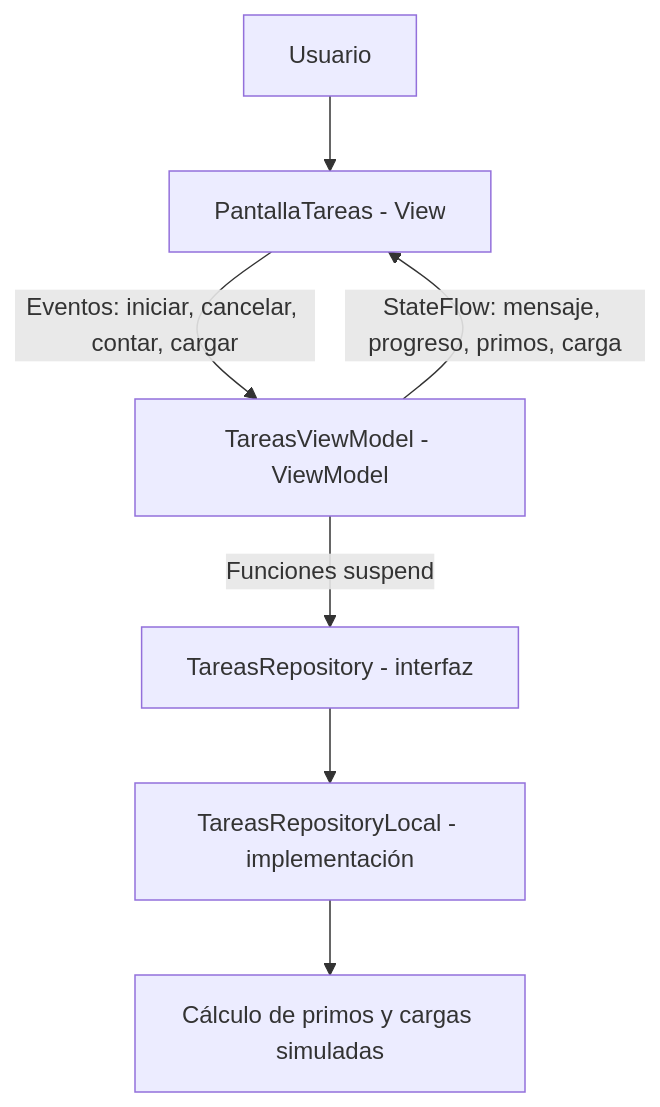
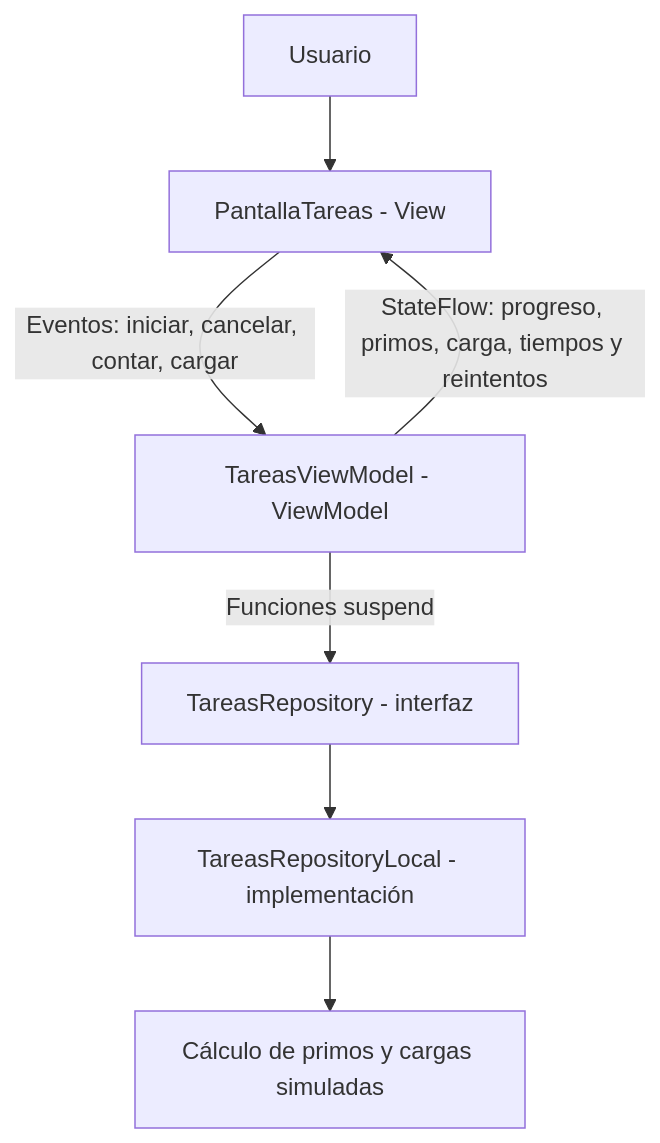
One commit to carlosandia-cpu/ProgMov changed the diagram in Semana14/centrotareas/README.md. Above: the diagram before and after it, drawn with Mermaid. The commit also changed other lines of this file and 7 other files, not shown here.

````diff
--- a/Semana14/centrotareas/README.md
+++ b/Semana14/centrotareas/README.md
@@ -43,9 +49,9 @@
 ```mermaid
 flowchart TD
     U[Usuario] --> V[PantallaTareas - View]
     V -->|Eventos: iniciar, cancelar, contar, cargar| VM[TareasViewModel - ViewModel]
-    VM -->|StateFlow: mensaje, progreso, primos, carga| V
+    VM -->|StateFlow: progreso, primos, carga, tiempos y reintentos| V
     VM -->|Funciones suspend| R[TareasRepository - interfaz]
     R --> I[TareasRepositoryLocal - implementación]
     I --> P[Cálculo de primos y cargas simuladas]
 ```
````
